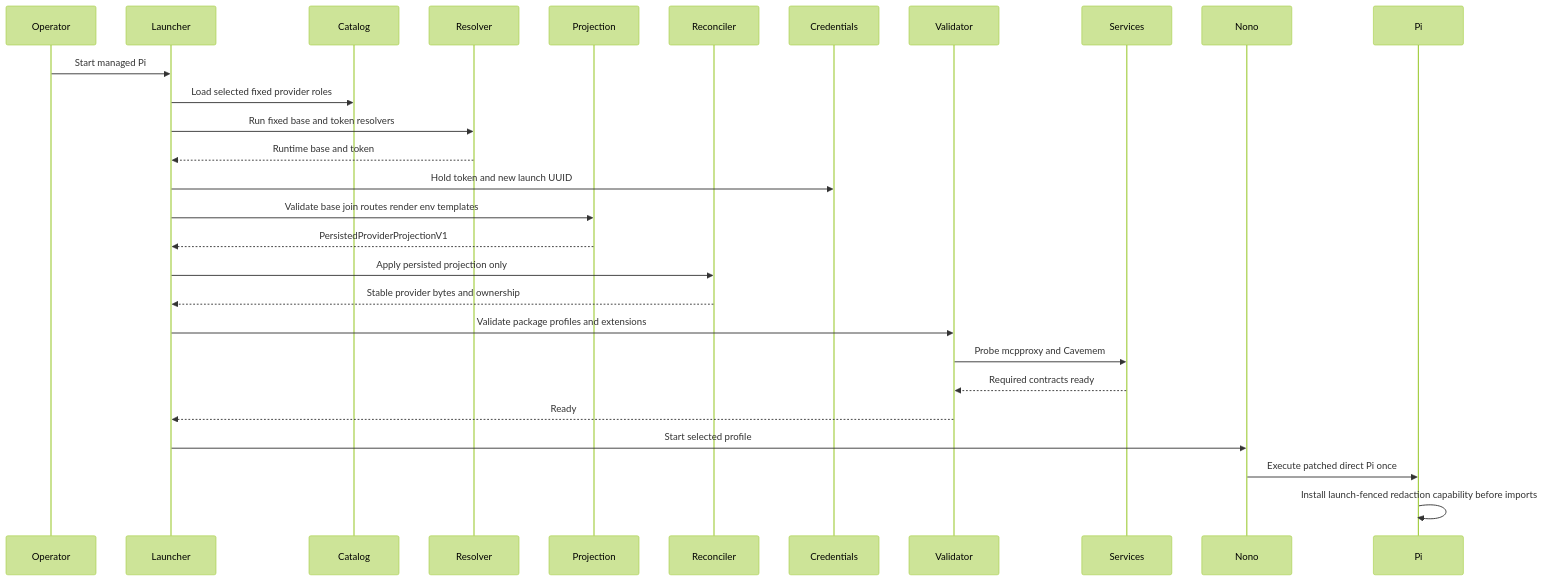
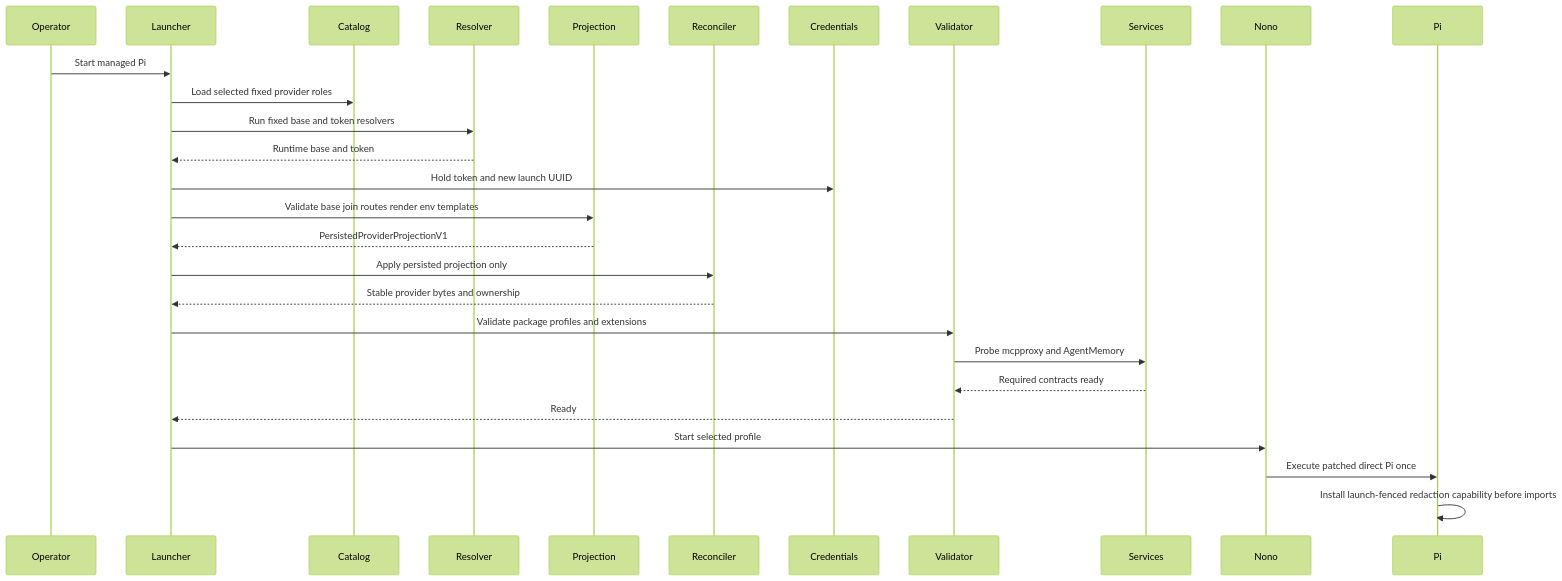
The second of 3 diagrams in .kiro/specs/pi-agent-integration/design.md (DWSR/nix-config), drawn with Mermaid (forest theme) before and after one commit. The commit also changed other lines of this file and 5 other files, not shown here.

Commit message:
docs(pi-agent-integration): align memory backend with agentmemory

````diff
--- a/.kiro/specs/pi-agent-integration/design.md
+++ b/.kiro/specs/pi-agent-integration/design.md
@@ -228,31 +218,31 @@
 ```mermaid
 sequenceDiagram
     participant Operator
     participant Launcher
     participant Catalog
     participant Resolver
     participant Projection
     participant Reconciler
     participant Credentials
     participant Validator
     participant Services
     participant Nono
     participant Pi
 
     Operator->>Launcher: Start managed Pi
     Launcher->>Catalog: Load selected fixed provider roles
     Launcher->>Resolver: Run fixed base and token resolvers
     Resolver-->>Launcher: Runtime base and token
     Launcher->>Credentials: Hold token and new launch UUID
     Launcher->>Projection: Validate base join routes render env templates
     Projection-->>Launcher: PersistedProviderProjectionV1
     Launcher->>Reconciler: Apply persisted projection only
     Reconciler-->>Launcher: Stable provider bytes and ownership
     Launcher->>Validator: Validate package profiles and extensions
-    Validator->>Services: Probe mcpproxy and Cavemem
+    Validator->>Services: Probe mcpproxy and AgentMemory
     Services-->>Validator: Required contracts ready
     Validator-->>Launcher: Ready
     Launcher->>Nono: Start selected profile
     Nono->>Pi: Execute patched direct Pi once
     Pi->>Pi: Install launch-fenced redaction capability before imports
 ```
````
